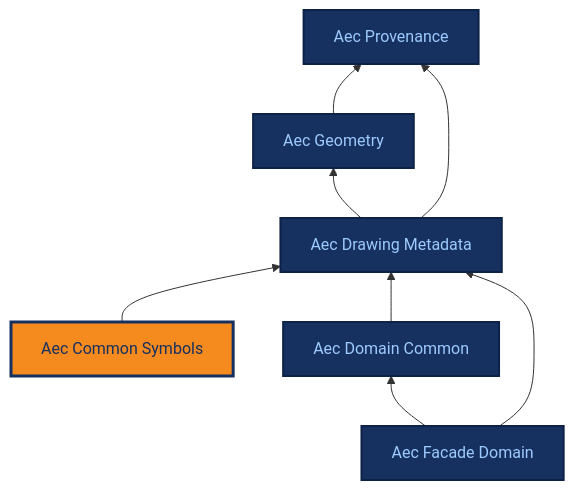
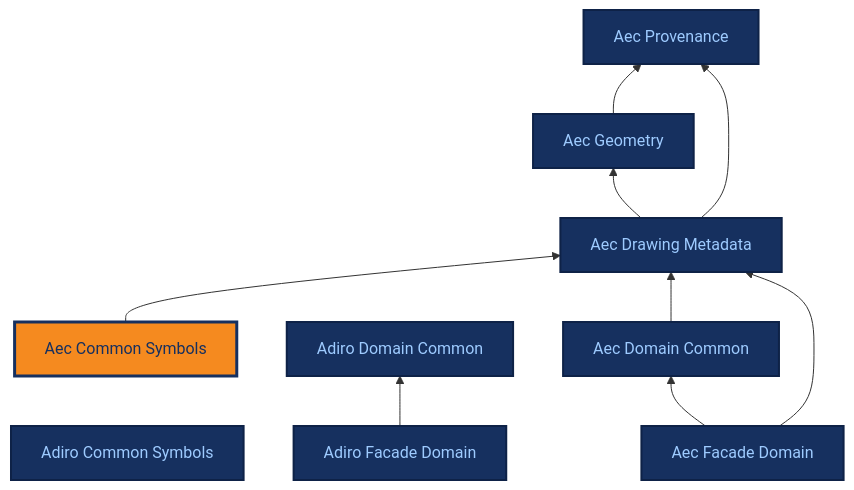
Before and after one commit to BuroHappoldMachineLearning/ADIRO: the diagram in docs/ontologies/aec_common_symbols.md, drawn with Mermaid. The commit also changed other lines of this file and 162 other files, not shown here.

First line of the commit message:
feat: rename three modules, with the reference terms defined in adiro_drawing_symbology (#281, #277, #271)

````diff
--- a/docs/ontologies/aec_common_symbols.md
+++ b/docs/ontologies/aec_common_symbols.md
@@ -45,27 +46,34 @@
 ```mermaid
 %%{init: {"themeCSS": ".base .nodeLabel,.base .nodeLabel p,.base text,.base tspan{fill:#9ecbff !important;color:#9ecbff !important}.current .nodeLabel,.current .nodeLabel p,.current text,.current tspan{fill:#16305f !important;color:#16305f !important}"} }%%
 graph BT
     aec_provenance["Aec Provenance"]
     aec_geometry["Aec Geometry"]
     aec_drawing_metadata["Aec Drawing Metadata"]
+    adiro_common_symbols["Adiro Common Symbols"]
     aec_common_symbols["Aec Common Symbols"]
+    adiro_domain_common["Adiro Domain Common"]
     aec_domain_common["Aec Domain Common"]
+    adiro_facade_domain["Adiro Facade Domain"]
     aec_facade_domain["Aec Facade Domain"]
     aec_geometry --> aec_provenance
     aec_drawing_metadata --> aec_geometry
     aec_drawing_metadata --> aec_provenance
     aec_common_symbols --> aec_drawing_metadata
     aec_domain_common --> aec_drawing_metadata
+    adiro_facade_domain --> adiro_domain_common
     aec_facade_domain --> aec_domain_common
     aec_facade_domain --> aec_drawing_metadata
     click aec_provenance "../aec_provenance/" "Aec Provenance reference page"
     click aec_geometry "../aec_geometry/" "Aec Geometry reference page"
     click aec_drawing_metadata "../aec_drawing_metadata/" "Aec Drawing Metadata reference page"
+    click adiro_common_symbols "../adiro_common_symbols/" "Adiro Common Symbols reference page"
     click aec_common_symbols "../aec_common_symbols/" "Aec Common Symbols reference page"
+    click adiro_domain_common "../adiro_domain_common/" "Adiro Domain Common reference page"
     click aec_domain_common "../aec_domain_common/" "Aec Domain Common reference page"
+    click adiro_facade_domain "../adiro_facade_domain/" "Adiro Facade Domain reference page"
     click aec_facade_domain "../aec_facade_domain/" "Aec Facade Domain reference page"
     classDef base fill:#16305f,stroke:#0e2247,stroke-width:2px,color:#9ecbff;
-    class aec_provenance,aec_geometry,aec_drawing_metadata,aec_domain_common,aec_facade_domain base;
+    class aec_provenance,aec_geometry,aec_drawing_metadata,adiro_common_symbols,adiro_domain_common,aec_domain_common,adiro_facade_domain,aec_facade_domain base;
     classDef current fill:#f58a1f,stroke:#16305f,stroke-width:3px,color:#16305f;
     class aec_common_symbols current;
 ```
````
